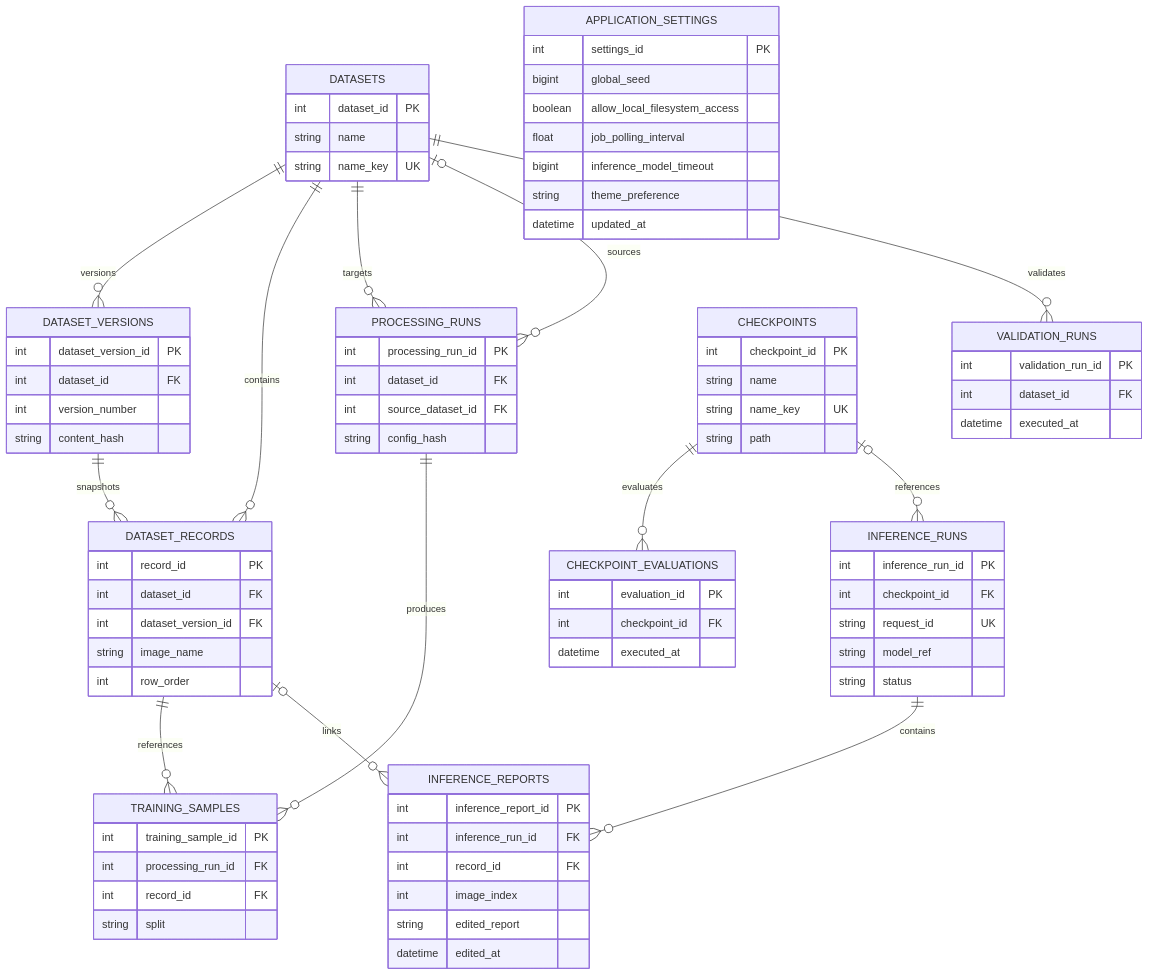
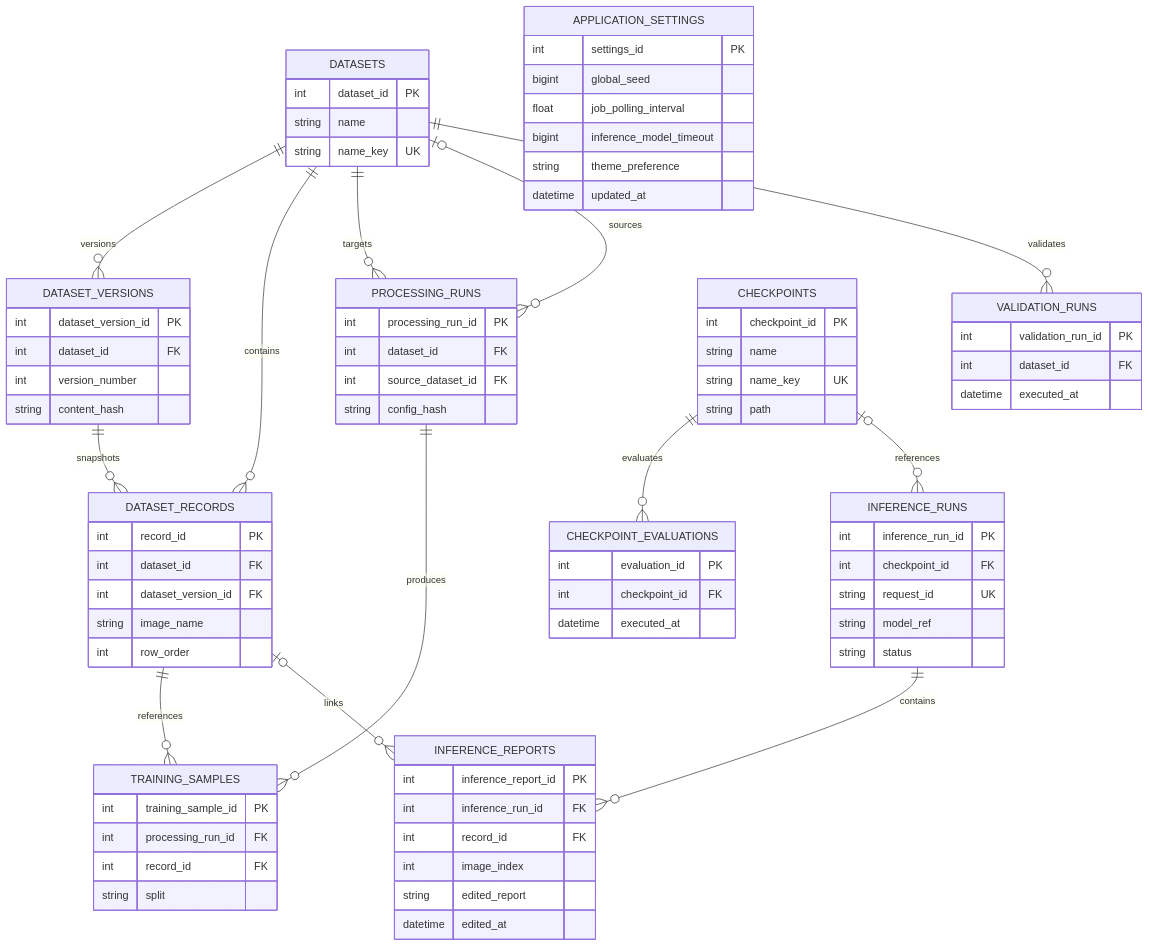
Before and after one commit to CTCycle/XREPORT-radiological-reports-generator: the diagram in assets/docs/architecture/persistence.md, drawn with Mermaid. The commit also changed other lines of this file and 32 other files, not shown here.

Commit message:
feat: remove the Data access setting and local filesystem access gate

```diff
--- a/assets/docs/architecture/persistence.md
+++ b/assets/docs/architecture/persistence.md
@@ -162,7 +162,6 @@
     APPLICATION_SETTINGS {
         int settings_id PK
         bigint global_seed
-        boolean allow_local_filesystem_access
         float job_polling_interval
         bigint inference_model_timeout
         string theme_preference
```
